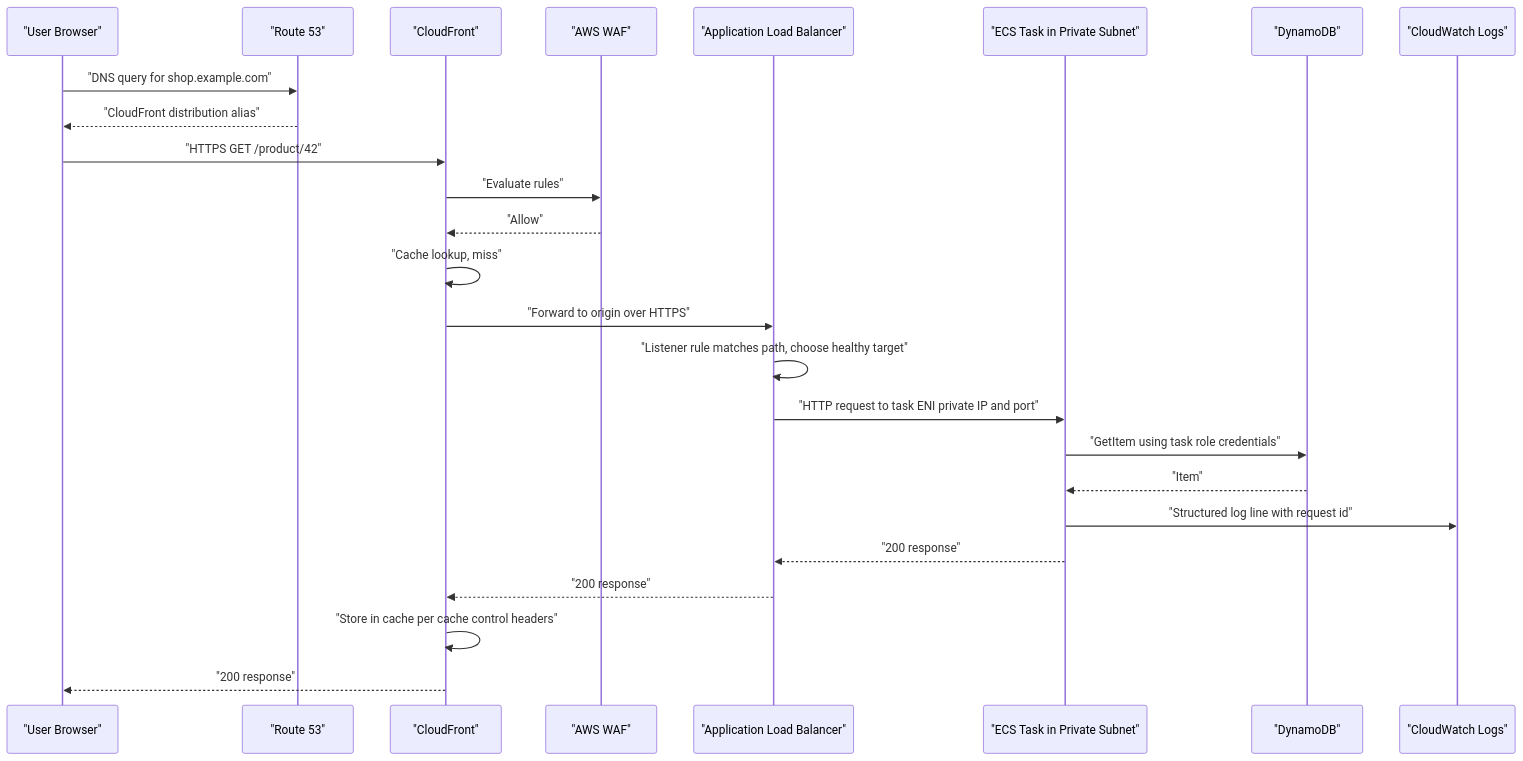
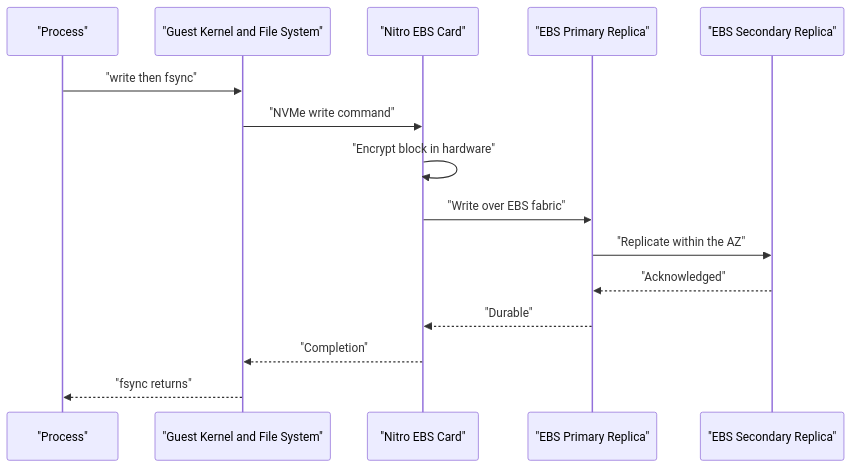
One commit to norbutlepcha25/dso303 changed diagram 12 of 22 in docs/unit1/topic4.md. Above: the diagram before and after it, drawn with Mermaid. The commit also changed other lines of this file and 945 other files, not shown here.

````diff
--- a/docs/unit1/topic4.md
+++ b/docs/unit1/topic4.md
@@ -572,28 +610,17 @@
 ```mermaid
 sequenceDiagram
-    participant U as "User Browser"
-    participant R53 as "Route 53"
-    participant CF as "CloudFront"
-    participant WAF as "AWS WAF"
-    participant ALB as "Application Load Balancer"
-    participant T as "ECS Task in Private Subnet"
-    participant DDB as "DynamoDB"
-    participant CW as "CloudWatch Logs"
-
-    U->>R53: "DNS query for shop.example.com"
-    R53-->>U: "CloudFront distribution alias"
-    U->>CF: "HTTPS GET /product/42"
-    CF->>WAF: "Evaluate rules"
-    WAF-->>CF: "Allow"
-    CF->>CF: "Cache lookup, miss"
-    CF->>ALB: "Forward to origin over HTTPS"
-    ALB->>ALB: "Listener rule matches path, choose healthy target"
-    ALB->>T: "HTTP request to task ENI private IP and port"
-    T->>DDB: "GetItem using task role credentials"
-    DDB-->>T: "Item"
-    T->>CW: "Structured log line with request id"
-    T-->>ALB: "200 response"
-    ALB-->>CF: "200 response"
-    CF->>CF: "Store in cache per cache control headers"
-    CF-->>U: "200 response"
+    participant P as "Process"
+    participant OS as "Guest Kernel and File System"
+    participant N as "Nitro EBS Card"
+    participant E1 as "EBS Primary Replica"
+    participant E2 as "EBS Secondary Replica"
+    P->>OS: "write then fsync"
+    OS->>N: "NVMe write command"
+    N->>N: "Encrypt block in hardware"
+    N->>E1: "Write over EBS fabric"
+    E1->>E2: "Replicate within the AZ"
+    E2-->>E1: "Acknowledged"
+    E1-->>N: "Durable"
+    N-->>OS: "Completion"
+    OS-->>P: "fsync returns"
 ```
````
